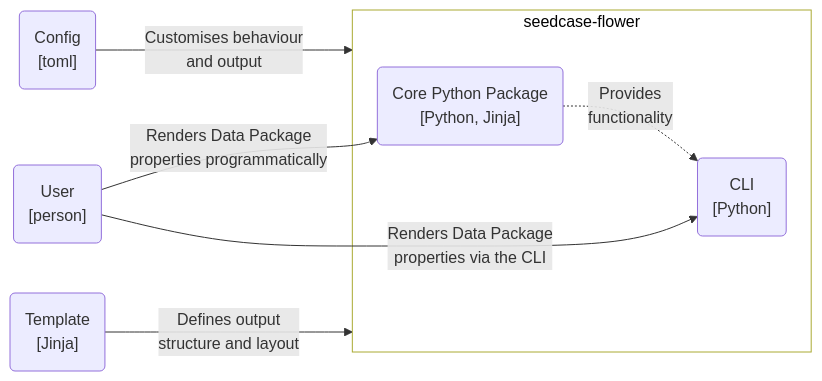
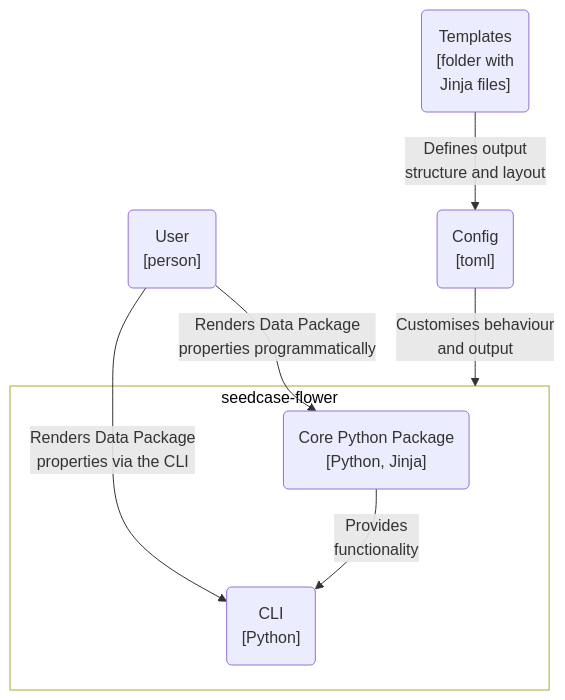
The second of 3 diagrams in docs/design/architecture.qmd (seedcase-project/seedcase-flower), drawn with Mermaid before and after one commit. The commit also changed other lines of this file, not shown here.

````diff
--- a/docs/design/architecture.qmd
+++ b/docs/design/architecture.qmd
@@ -79,24 +75,24 @@
 ```{mermaid}
 %%| label: fig-c4-container
-%%| fig-cap: "C4 container diagram showing the core Python package in `seedcase-flower` and the command line interface."
-flowchart LR
+%%| fig-cap: "C4 container diagram showing the core Python package in Flower and the command line interface."
+flowchart
 
     user("User<br>[person]")
     config("Config<br>[toml]")
-    template("Template<br>[Jinja]")
+    templates("Templates<br>[folder with<br>Jinja files]")
 
     subgraph "seedcase-flower"
         python("Core Python Package<br>[Python, Jinja]")
         cli("CLI<br>[Python]")
 
-    python -. "Provides<br>functionality" .-> cli
+        python -- "Provides<br>functionality" --> cli
     end
 
     config --"Customises behaviour<br>and output"--> seedcase-flower
-    template --"Defines output<br>structure and layout"--> seedcase-flower
+    templates --"Defines output<br>structure and layout"--> config
     user --"Renders Data Package<br>properties programmatically"--> python
     user -- "Renders Data Package<br>properties via the CLI" --> cli
 
     %% Styling
     style seedcase-flower fill:#FFFFFF, color:#000000
 ```
````
